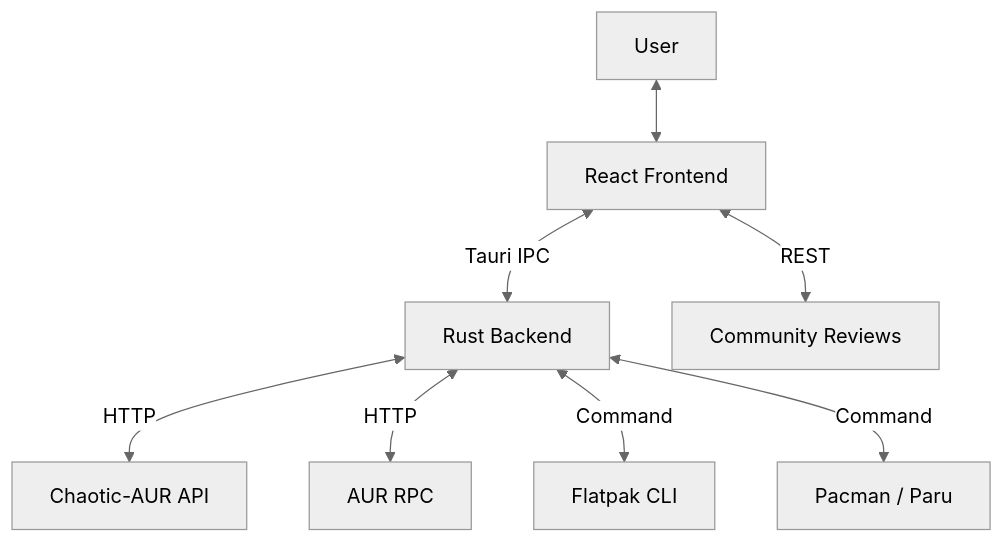
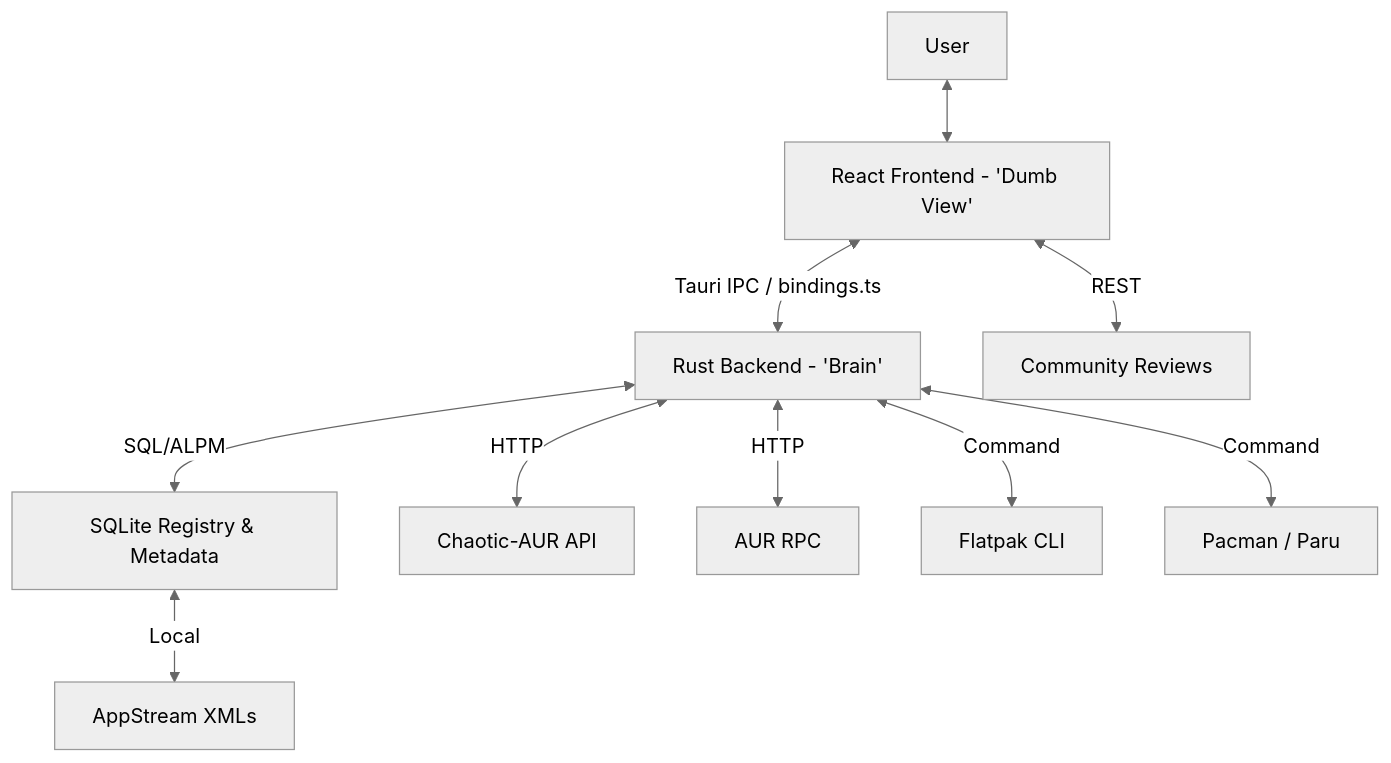
One commit to cpg716/monarch-store changed the diagram in ARCHITECTURE.md. Above: the diagram before and after it, drawn with Mermaid (neutral theme). The commit also changed other lines of this file and 176 other files, not shown here.

````diff
--- a/ARCHITECTURE.md
+++ b/ARCHITECTURE.md
@@ -11,10 +14,12 @@
 ```mermaid
 graph TD
-    User[User] <--> Frontend[React Frontend]
-    Frontend <-->|Tauri IPC| Backend[Rust Backend]
+    User[User] <--> Frontend[React Frontend - 'Dumb View']
+    Frontend <-->|Tauri IPC / bindings.ts| Backend[Rust Backend - 'Brain']
+    Backend <-->|SQL/ALPM| Registry[SQLite Registry & Metadata]
+    Registry <-->|Local| AppStream[AppStream XMLs]
     Backend <-->|HTTP| ChaoticAPI[Chaotic-AUR API]
     Backend <-->|HTTP| AURAPI[AUR RPC]
     Backend <-->|Command| Flatpak[Flatpak CLI]
     Backend <-->|Command| Pacman[Pacman / Paru]
     Frontend <-->|REST| Supabase[Community Reviews]
 ```
````
